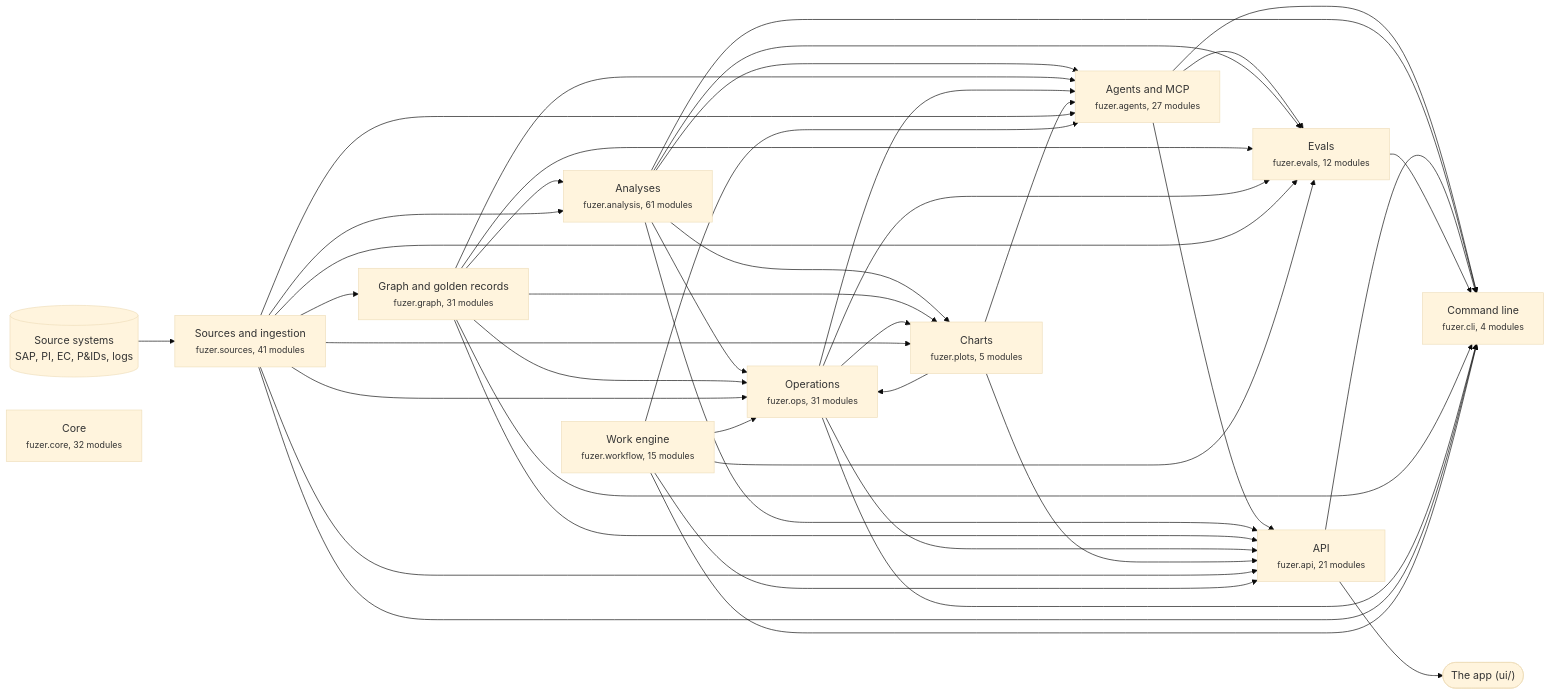
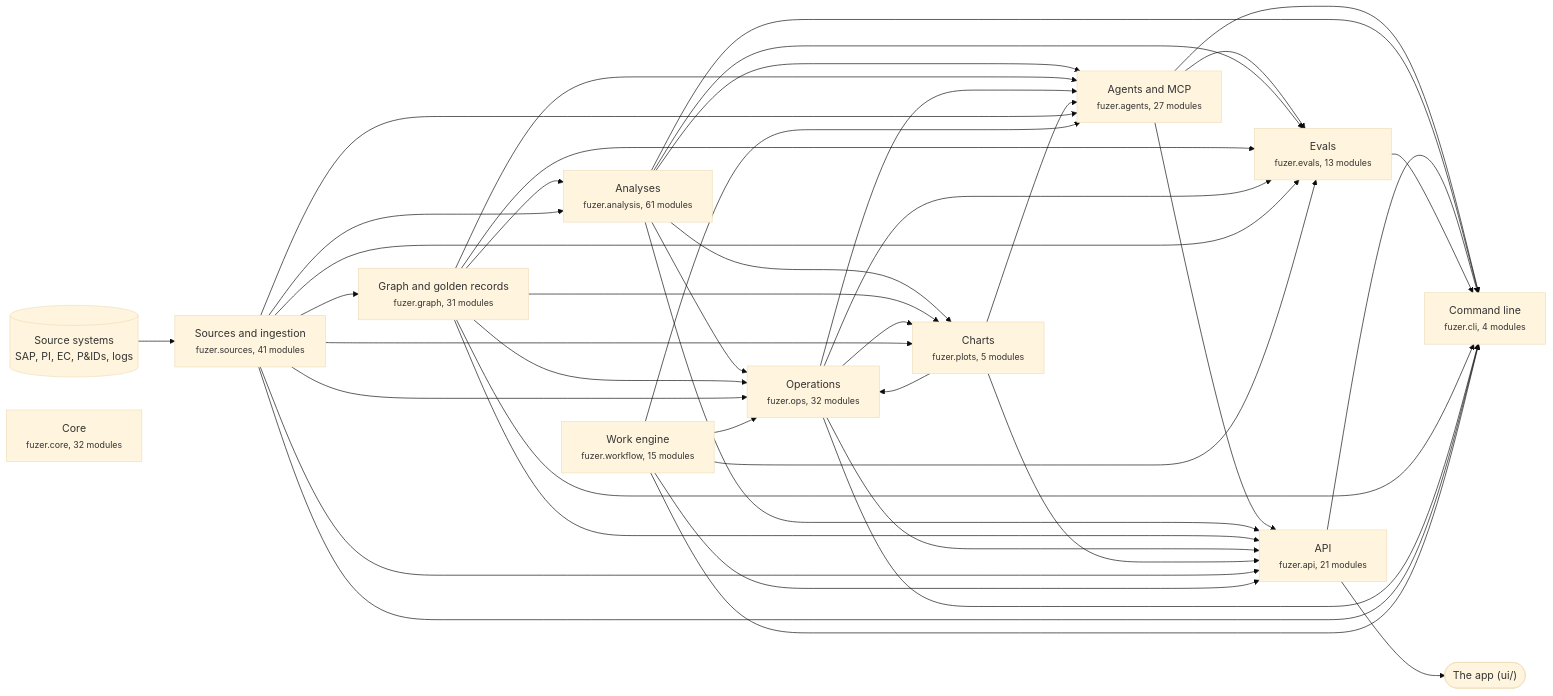
The first of 3 diagrams in docs/architecture.md (areed145/fuzer), drawn with Mermaid (base theme) before and after one commit. The commit also changed other lines of this file and 17 other files, not shown here.

````diff
--- a/docs/architecture.md
+++ b/docs/architecture.md
@@ -8,67 +8,67 @@
 ```mermaid
 flowchart LR
   systems[("Source systems<br>SAP, PI, EC, P&IDs, logs")] --> c_sources
   app(["The app (ui/)"])
   c_api --> app
   c_sources["Sources and ingestion<br><small>fuzer.sources, 41 modules</small>"]
   c_graph["Graph and golden records<br><small>fuzer.graph, 31 modules</small>"]
   c_analysis["Analyses<br><small>fuzer.analysis, 61 modules</small>"]
-  c_ops["Operations<br><small>fuzer.ops, 31 modules</small>"]
+  c_ops["Operations<br><small>fuzer.ops, 32 modules</small>"]
   c_plots["Charts<br><small>fuzer.plots, 5 modules</small>"]
   c_workflow["Work engine<br><small>fuzer.workflow, 15 modules</small>"]
   c_agents["Agents and MCP<br><small>fuzer.agents, 27 modules</small>"]
-  c_evals["Evals<br><small>fuzer.evals, 12 modules</small>"]
+  c_evals["Evals<br><small>fuzer.evals, 13 modules</small>"]
   c_api["API<br><small>fuzer.api, 21 modules</small>"]
   c_cli["Command line<br><small>fuzer.cli, 4 modules</small>"]
   c_core["Core<br><small>fuzer.core, 32 modules</small>"]
   c_sources --> c_graph
   c_graph --> c_analysis
   c_sources --> c_analysis
   c_analysis --> c_ops
   c_graph --> c_ops
   c_plots --> c_ops
   c_sources --> c_ops
   c_workflow --> c_ops
   c_analysis --> c_plots
   c_graph --> c_plots
   c_ops --> c_plots
   c_sources --> c_plots
   c_analysis --> c_agents
   c_graph --> c_agents
   c_ops --> c_agents
   c_plots --> c_agents
   c_sources --> c_agents
   c_workflow --> c_agents
   c_agents --> c_evals
   c_analysis --> c_evals
   c_graph --> c_evals
   c_ops --> c_evals
   c_sources --> c_evals
   c_workflow --> c_evals
   c_agents --> c_api
   c_analysis --> c_api
   c_graph --> c_api
   c_ops --> c_api
   c_plots --> c_api
   c_sources --> c_api
   c_workflow --> c_api
   c_agents --> c_cli
   c_analysis --> c_cli
   c_api --> c_cli
   c_evals --> c_cli
   c_graph --> c_cli
   c_ops --> c_cli
   c_sources --> c_cli
   c_workflow --> c_cli
   click c_sources "https://github.com/areed145/fuzer/tree/main/src/fuzer/sources"
   click c_graph "https://github.com/areed145/fuzer/tree/main/src/fuzer/graph"
   click c_analysis "https://github.com/areed145/fuzer/tree/main/src/fuzer/analysis"
   click c_ops "https://github.com/areed145/fuzer/tree/main/src/fuzer/ops"
   click c_plots "https://github.com/areed145/fuzer/tree/main/src/fuzer/plots"
   click c_workflow "https://github.com/areed145/fuzer/tree/main/src/fuzer/workflow"
   click c_agents "https://github.com/areed145/fuzer/tree/main/src/fuzer/agents"
   click c_evals "https://github.com/areed145/fuzer/tree/main/src/fuzer/evals"
   click c_api "https://github.com/areed145/fuzer/tree/main/src/fuzer/api"
   click c_cli "https://github.com/areed145/fuzer/tree/main/src/fuzer/cli"
   click c_core "https://github.com/areed145/fuzer/tree/main/src/fuzer/core"
 ```
````
